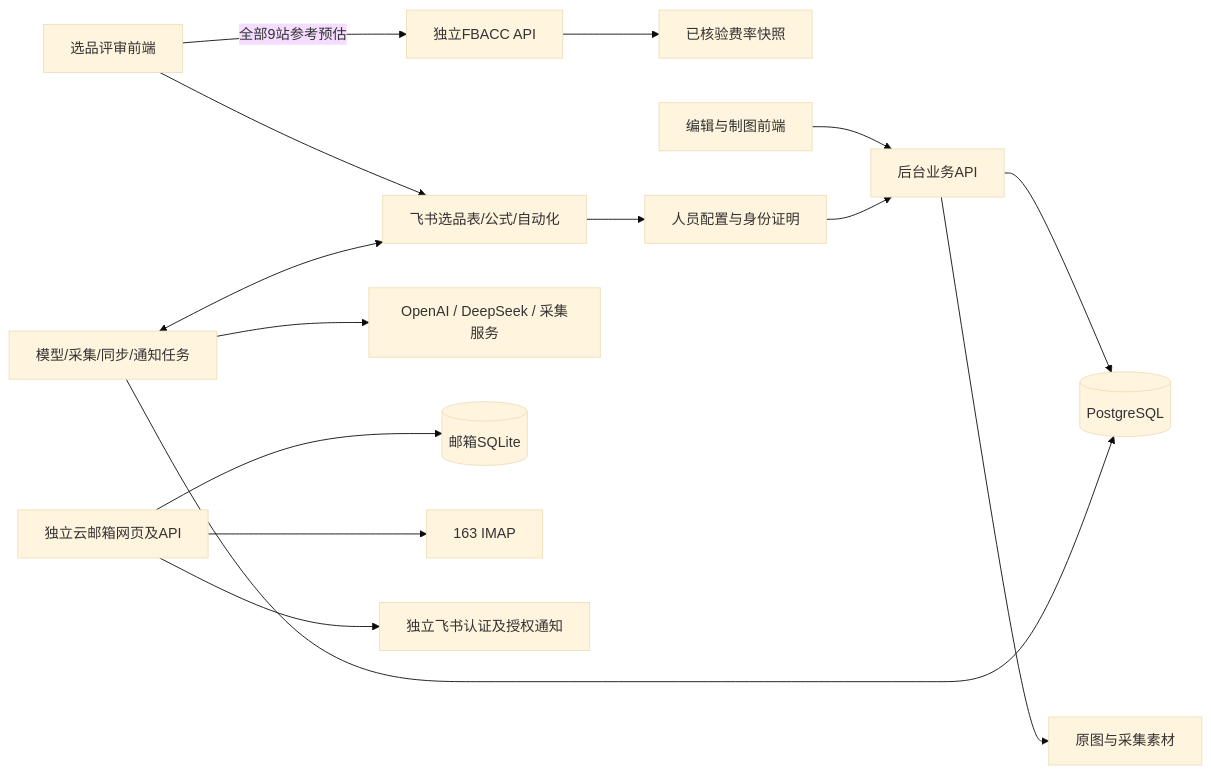
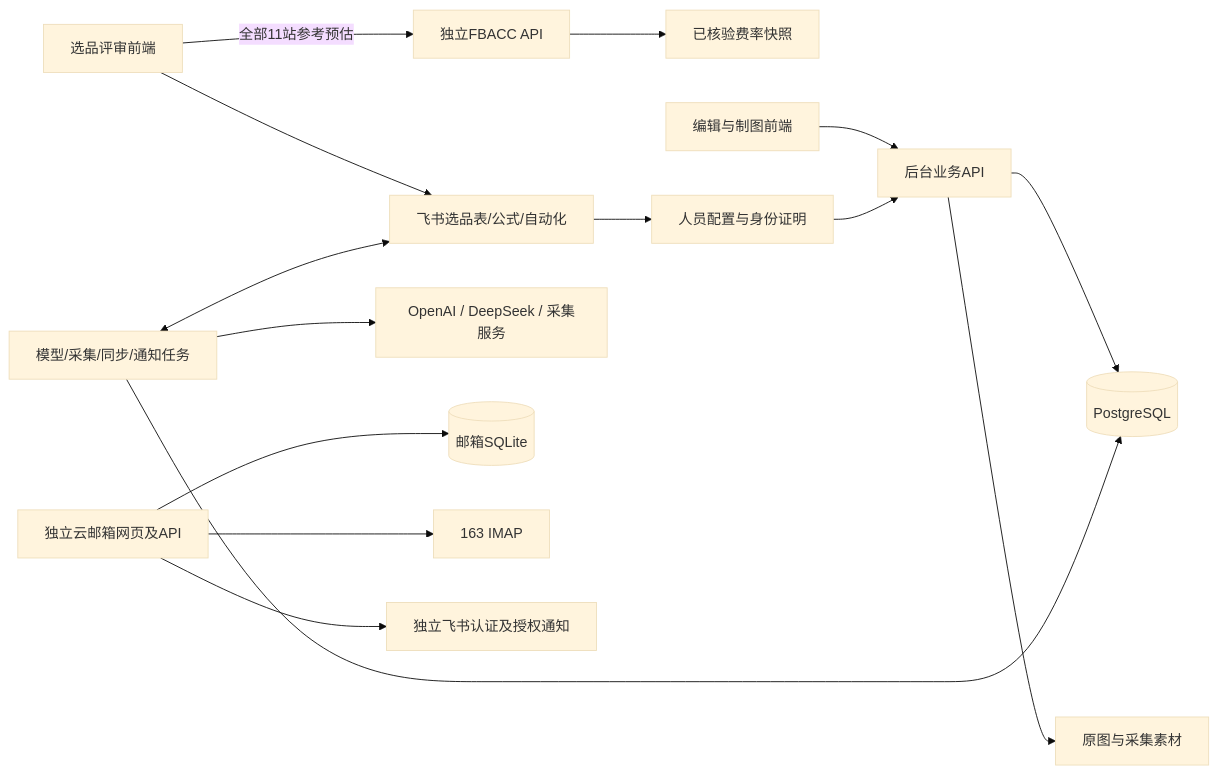
The diagram in docs/architecture.md (wrangler1024/amazon-sku-workbench), drawn with Mermaid (base theme) before and after one commit. The commit also changed other lines of this file and 17 other files, not shown here.

````diff
--- a/docs/architecture.md
+++ b/docs/architecture.md
@@ -19,17 +19,17 @@
 ```mermaid
 flowchart LR
   Review[选品评审前端] --> Base[飞书选品表/公式/自动化]
-  Review -->|全部9站参考预估| FBACC[独立FBACC API]
+  Review -->|全部11站参考预估| FBACC[独立FBACC API]
   FBACC --> Rates[已核验费率快照]
   Editor[编辑与制图前端] --> API[后台业务API]
   API --> DB[(PostgreSQL)]
   API --> Assets[原图与采集素材]
   Workers[模型/采集/同步/通知任务] --> DB
   Workers --> Providers[OpenAI / DeepSeek / 采集服务]
   Workers <--> Base
   Base --> Identity[人员配置与身份证明]
   Identity --> API
   Mail[独立云邮箱网页及API] --> MailDB[(邮箱SQLite)]
   Mail --> IMAP[163 IMAP]
   Mail --> MailIdentity[独立飞书认证及授权通知]
 ```
````
